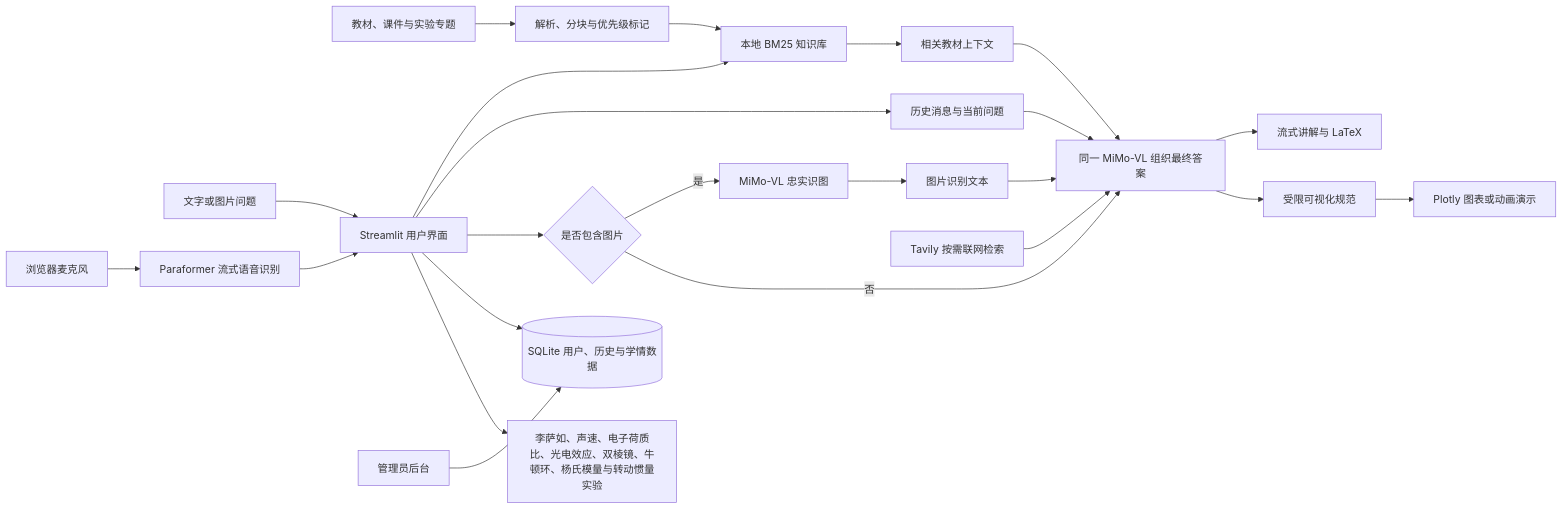
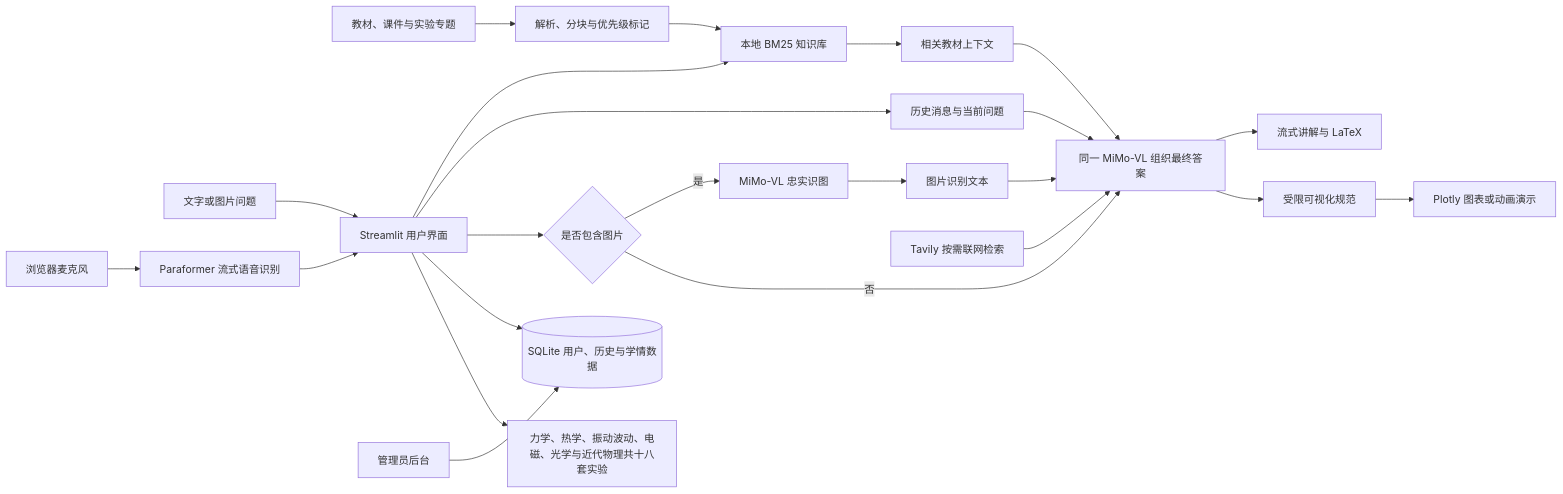
One commit to RENAI-PHYSICS-AI/Ren-ai_Intelligent_Teaching_Assistant_for_College_Physics changed the diagram in README.md. Above: the diagram before and after it, drawn with Mermaid. The commit also changed other lines of this file and 410 other files, not shown here.

````diff
--- a/README.md
+++ b/README.md
@@ -52,25 +62,25 @@
 ```mermaid
 flowchart LR
     A[教材、课件与实验专题] --> B[解析、分块与优先级标记]
     B --> C[本地 BM25 知识库]
     D[文字或图片问题] --> E[Streamlit 用户界面]
     P[浏览器麦克风] --> Q[Paraformer 流式语音识别]
     Q --> E
     E --> C
     C --> F[相关教材上下文]
     E --> G[历史消息与当前问题]
     E --> R{是否包含图片}
     R -- 是 --> V[MiMo-VL 忠实识图]
     V --> X[图片识别文本]
     F --> H[同一 MiMo-VL 组织最终答案]
     G --> H
     X --> H
     R -- 否 --> H
     O[Tavily 按需联网检索] --> H
     H --> I[流式讲解与 LaTeX]
     H --> J[受限可视化规范]
     J --> K[Plotly 图表或动画演示]
     E --> L[(SQLite 用户、历史与学情数据)]
     M[管理员后台] --> L
-    E --> N[李萨如、声速、电子荷质比、光电效应、双棱镜、牛顿环、杨氏模量与转动惯量实验]
+    E --> N[力学、热学、振动波动、电磁、光学与近代物理共十八套实验]
 ```
````
